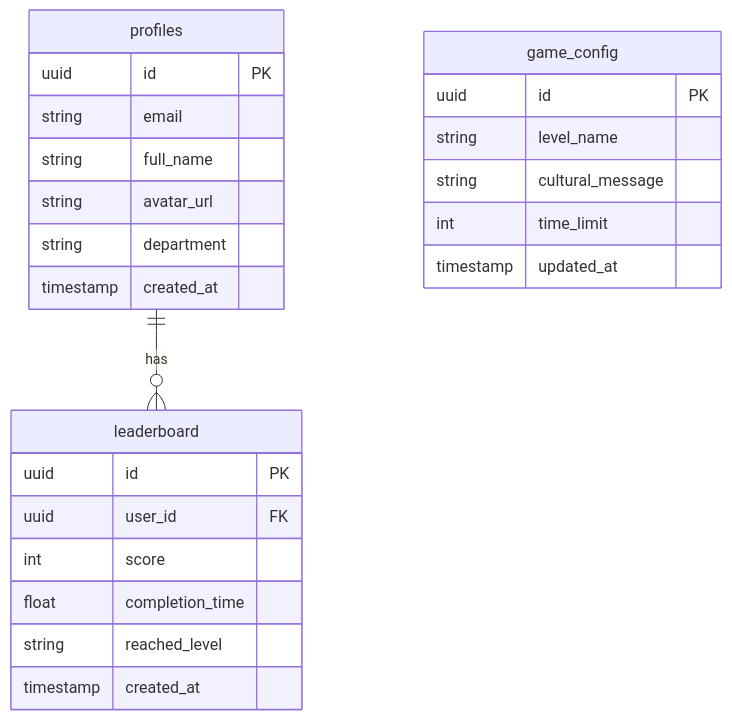
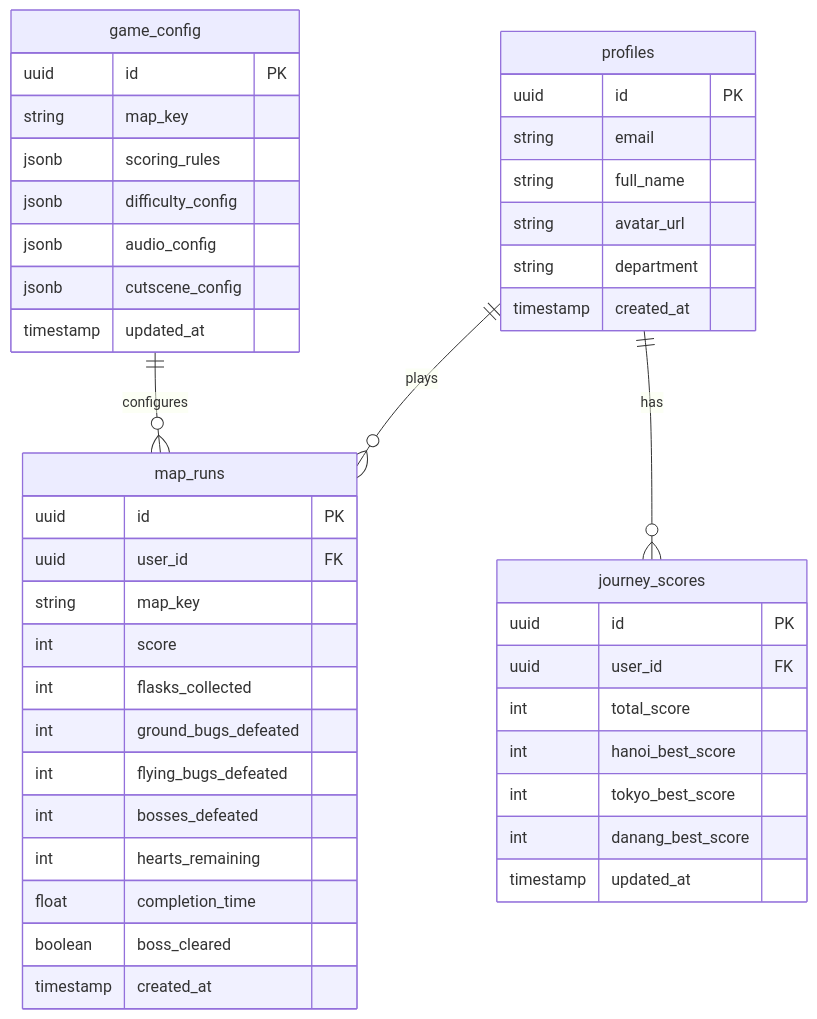
One commit to tranvanhung2609/Kaizen changed the diagram in docs/GDD/03_Technical_Specs.md. Above: the diagram before and after it, drawn with Mermaid. The commit also changed other lines of this file and 5 other files, not shown here.

````diff
--- a/docs/GDD/03_Technical_Specs.md
+++ b/docs/GDD/03_Technical_Specs.md
@@ -45,27 +129,46 @@
 ```mermaid
 erDiagram
-    profiles ||--o{ leaderboard : "has"
-    game_config {
-        uuid id PK
-        string level_name
-        string cultural_message
-        int time_limit
-        timestamp updated_at
-    }
+    profiles ||--o{ map_runs : "plays"
+    profiles ||--o{ journey_scores : "has"
+    game_config ||--o{ map_runs : "configures"
     profiles {
         uuid id PK
         string email
         string full_name
         string avatar_url
         string department
         timestamp created_at
     }
-    leaderboard {
+    game_config {
+        uuid id PK
+        string map_key
+        jsonb scoring_rules
+        jsonb difficulty_config
+        jsonb audio_config
+        jsonb cutscene_config
+        timestamp updated_at
+    }
+    map_runs {
         uuid id PK
         uuid user_id FK
+        string map_key
         int score
+        int flasks_collected
+        int ground_bugs_defeated
+        int flying_bugs_defeated
+        int bosses_defeated
+        int hearts_remaining
         float completion_time
-        string reached_level
+        boolean boss_cleared
         timestamp created_at
     }
+    journey_scores {
+        uuid id PK
+        uuid user_id FK
+        int total_score
+        int hanoi_best_score
+        int tokyo_best_score
+        int danang_best_score
+        timestamp updated_at
+    }
 ```
````
